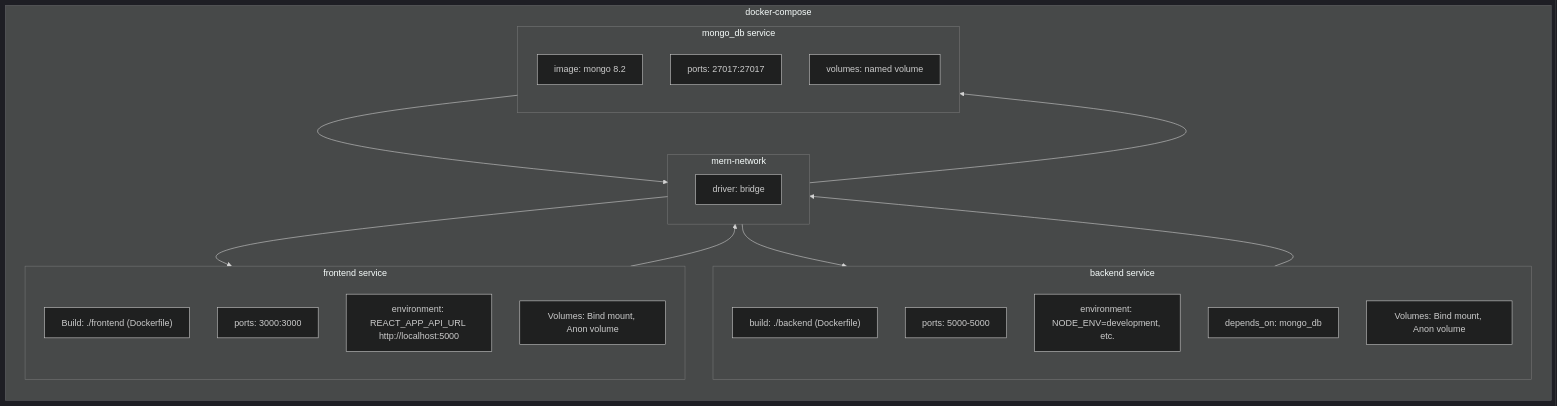
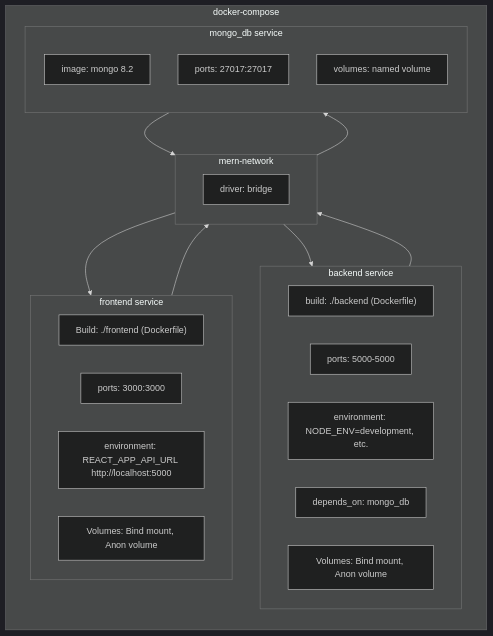
Before and after one commit to jordanleal12/century-screening-room-multi-container-application: the second of 5 diagrams in DEV1004_A1_docs/PLANNING_AND_ARCHITECTURE.md, drawn with Mermaid. The commit also changed other lines of this file and 1 other file, not shown here.

Commit message:
docs: completed the docker/docker-compose section for CICD relations

````diff
--- a/DEV1004_A1_docs/PLANNING_AND_ARCHITECTURE.md
+++ b/DEV1004_A1_docs/PLANNING_AND_ARCHITECTURE.md
@@ -61,43 +61,43 @@
 ```mermaid
 ---
 config:
   layout: dagre
   theme: dark
 ---
 flowchart LR
  subgraph network_s["mern-network"]
         N_driver["driver: bridge"]
   end
  subgraph backend_s["backend service"]
-        direction TB
+        direction LR
         B_build["build: ./backend (Dockerfile)"]
         B_ports["ports: 5000-5000"]
         B_env["environment: NODE_ENV=development, etc."]
         B_dep["depends_on: mongo_db"]
         B_bind["Volumes: Bind mount, Anon volume"]
   end
  subgraph frontend_s["frontend service"]
-        direction TB
+        direction LR
         F_build["Build: ./frontend (Dockerfile)"]
         F_ports["ports: 3000:3000"]
         F_env["environment: REACT_APP_API_URL http://localhost:5000"]
         F_bind["Volumes: Bind mount, Anon volume"]
   end
  subgraph mongo_s["mongo_db service"]
         direction TB
         M_image["image: mongo 8.2"]
         M_ports["ports: 27017:27017"]
         M_volume["volumes: named volume"]
   end
  subgraph docker_compose["docker-compose"]
     direction TB
         mongo_s
         frontend_s
         backend_s
         network_s
   end
     frontend_s --> network_s
     backend_s --> network_s
     mongo_s --> network_s
     network_s --> frontend_s & backend_s & mongo_s
 ```
````
